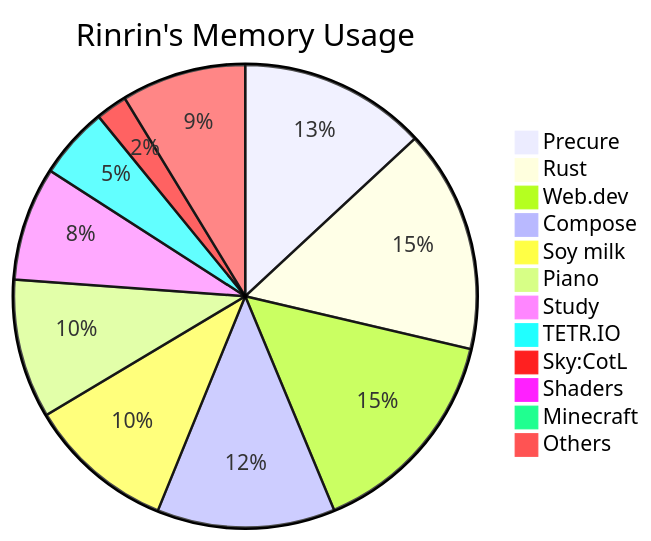
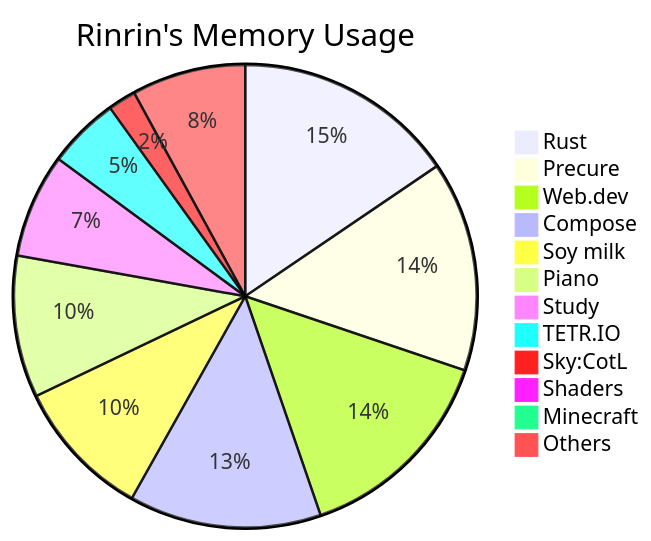
One commit to Rinrin0413/Rinrin0413 changed the diagram in README.md. Above: the diagram before and after it, drawn with Mermaid.

Commit message:
🛠 Update: Rinrin's Memory Usage

````diff
--- a/README.md
+++ b/README.md
@@ -77,15 +77,15 @@
 ```mermaid
 pie title Rinrin's Memory Usage
-    "Precure": 502
-    "Rust": 598
-    "Web.dev": 578
-    "Compose": 477
-    "Soy milk": 394
-    "Piano": 373
-    "Study": 305
-    "TETR.IO": 192
-    "Sky:CotL": 84
+    "Rust": 579
+    "Precure": 548
+    "Web.dev": 543
+    "Compose": 501
+    "Soy milk": 365
+    "Piano": 370
+    "Study": 271
+    "TETR.IO": 187
+    "Sky:CotL": 73
     "Shaders": 30
     "Minecraft": 30
-    "Others": 334
+    "Others": 297
 ```
````
